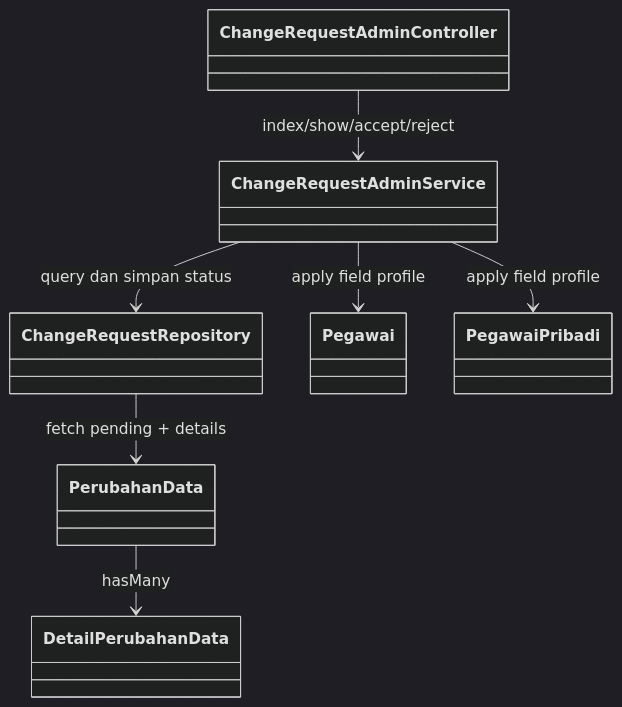
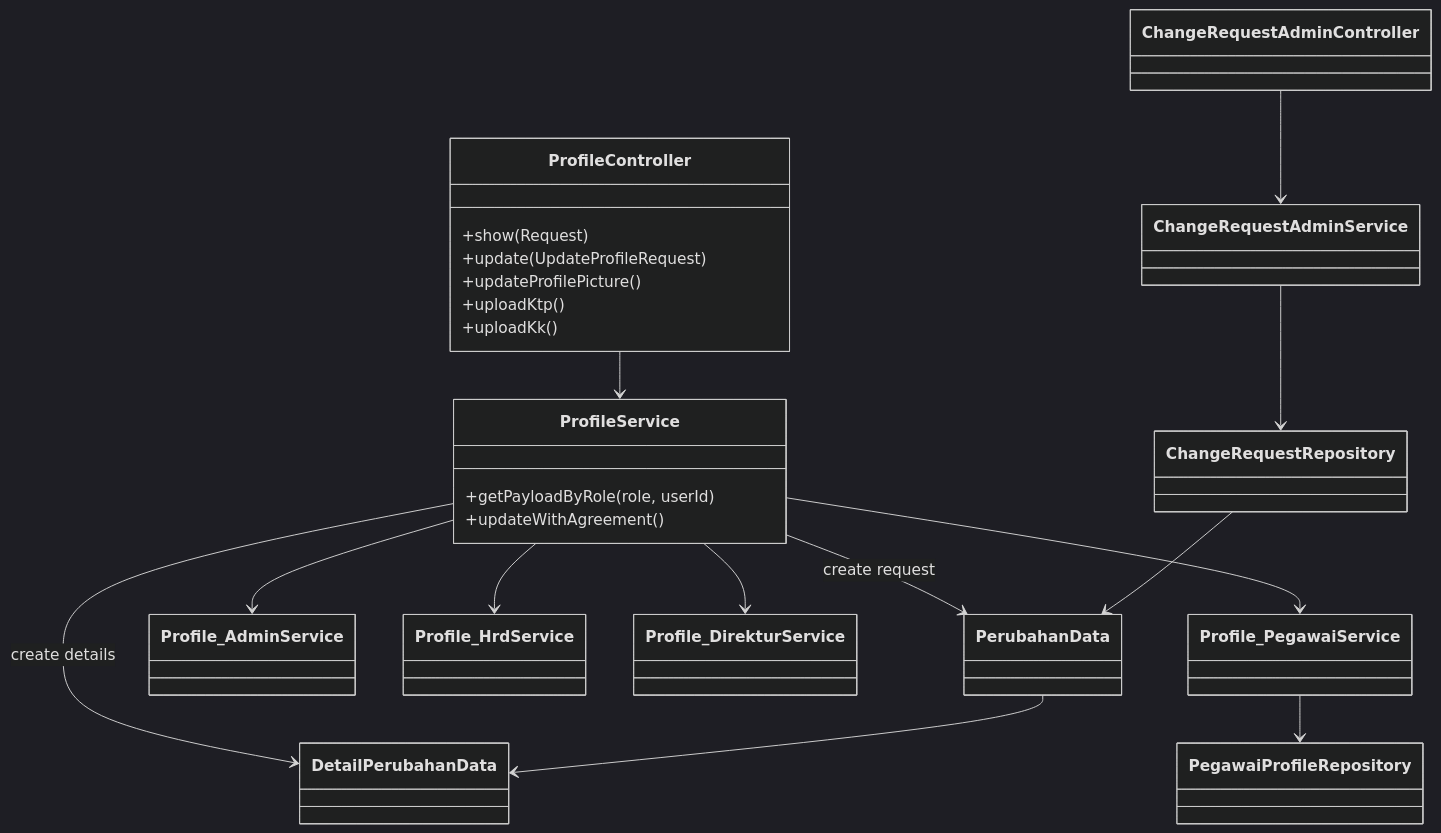
One commit to widy4aa/BE-SIMPEG-RSKALISAT changed the fifth of 11 diagrams in dokumentasi/dokumentasi_app.md. Above: the diagram before and after it, drawn with Mermaid (dark theme). The commit also changed other lines of this file, not shown here.

````diff
--- a/dokumentasi/dokumentasi_app.md
+++ b/dokumentasi/dokumentasi_app.md
@@ -757,17 +200,37 @@
 ```mermaid
 classDiagram
-	class ChangeRequestAdminController
-	class ChangeRequestAdminService
-	class ChangeRequestRepository
-	class PerubahanData
-	class DetailPerubahanData
-	class Pegawai
-	class PegawaiPribadi
+    class ProfileController {
+        +show(Request)
+        +update(UpdateProfileRequest)
+        +updateProfilePicture()
+        +uploadKtp()
+        +uploadKk()
+    }
+    class ProfileService {
+        +getPayloadByRole(role, userId)
+        +updateWithAgreement()
+    }
+    class Profile_PegawaiService
+    class Profile_AdminService
+    class Profile_HrdService
+    class Profile_DirekturService
+    class PegawaiProfileRepository
+    class ChangeRequestAdminController
+    class ChangeRequestAdminService
+    class ChangeRequestRepository
+    class PerubahanData
+    class DetailPerubahanData
 
-	ChangeRequestAdminController --> ChangeRequestAdminService : index/show/accept/reject
-	ChangeRequestAdminService --> ChangeRequestRepository : query dan simpan status
-	ChangeRequestRepository --> PerubahanData : fetch pending + details
-	PerubahanData --> DetailPerubahanData : hasMany
-	ChangeRequestAdminService --> Pegawai : apply field profile
-	ChangeRequestAdminService --> PegawaiPribadi : apply field profile
+    ProfileController --> ProfileService
+    ProfileService --> Profile_PegawaiService
+    ProfileService --> Profile_AdminService
+    ProfileService --> Profile_HrdService
+    ProfileService --> Profile_DirekturService
+    Profile_PegawaiService --> PegawaiProfileRepository
+    ProfileService --> PerubahanData : create request
+    ProfileService --> DetailPerubahanData : create details
+    ChangeRequestAdminController --> ChangeRequestAdminService
+    ChangeRequestAdminService --> ChangeRequestRepository
+    ChangeRequestRepository --> PerubahanData
+    PerubahanData --> DetailPerubahanData
 ```
````
